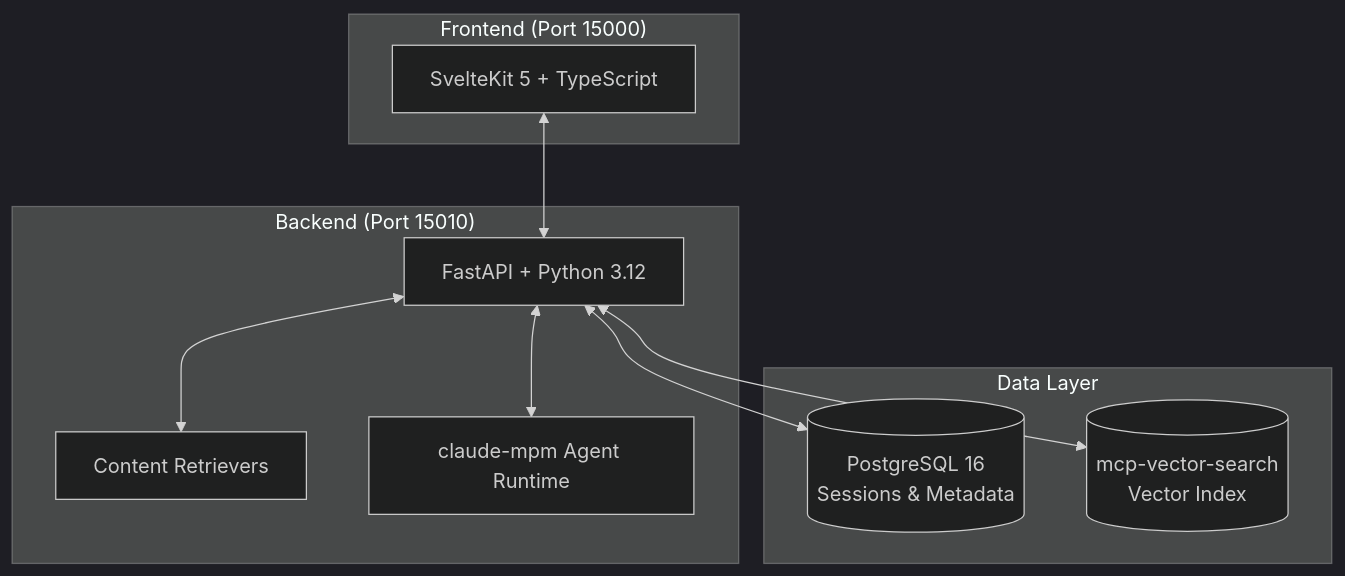
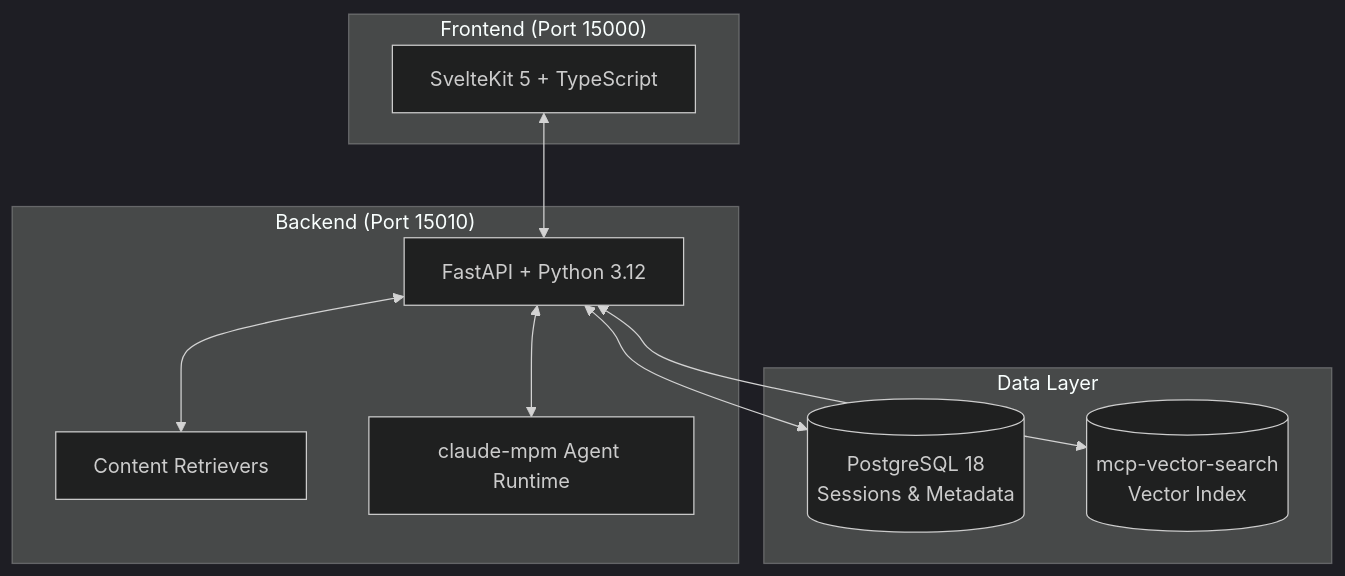
Before and after one commit to MacPhobos/research-mind: the third of 3 diagrams in docs/summary/executive-summary.md, drawn with Mermaid (dark theme). The commit also changed other lines of this file and 9 other files, not shown here.

First line of the commit message:
fix: Standardize all PostgreSQL version references to 18

````diff
--- a/docs/summary/executive-summary.md
+++ b/docs/summary/executive-summary.md
@@ -159,23 +159,23 @@
 ```mermaid
 flowchart TB
     subgraph Frontend["Frontend (Port 15000)"]
         UI[SvelteKit 5 + TypeScript]
     end
 
     subgraph Backend["Backend (Port 15010)"]
         API[FastAPI + Python 3.12]
         Retrievers[Content Retrievers]
         Agent[claude-mpm Agent Runtime]
     end
 
     subgraph Storage["Data Layer"]
-        PG[(PostgreSQL 16<br>Sessions & Metadata)]
+        PG[(PostgreSQL 18<br>Sessions & Metadata)]
         VS[(mcp-vector-search<br>Vector Index)]
     end
 
     UI <--> API
     API <--> Retrievers
     API <--> Agent
     API <--> PG
     API <--> VS
 ```
````
